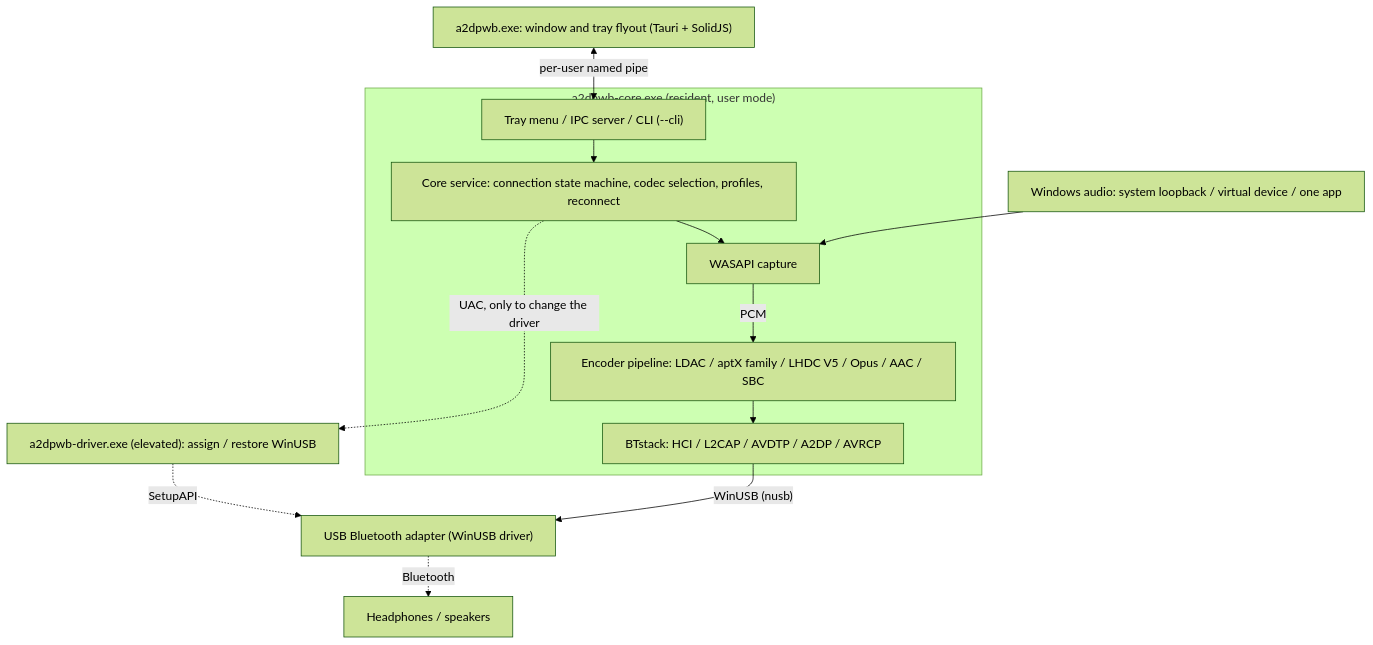
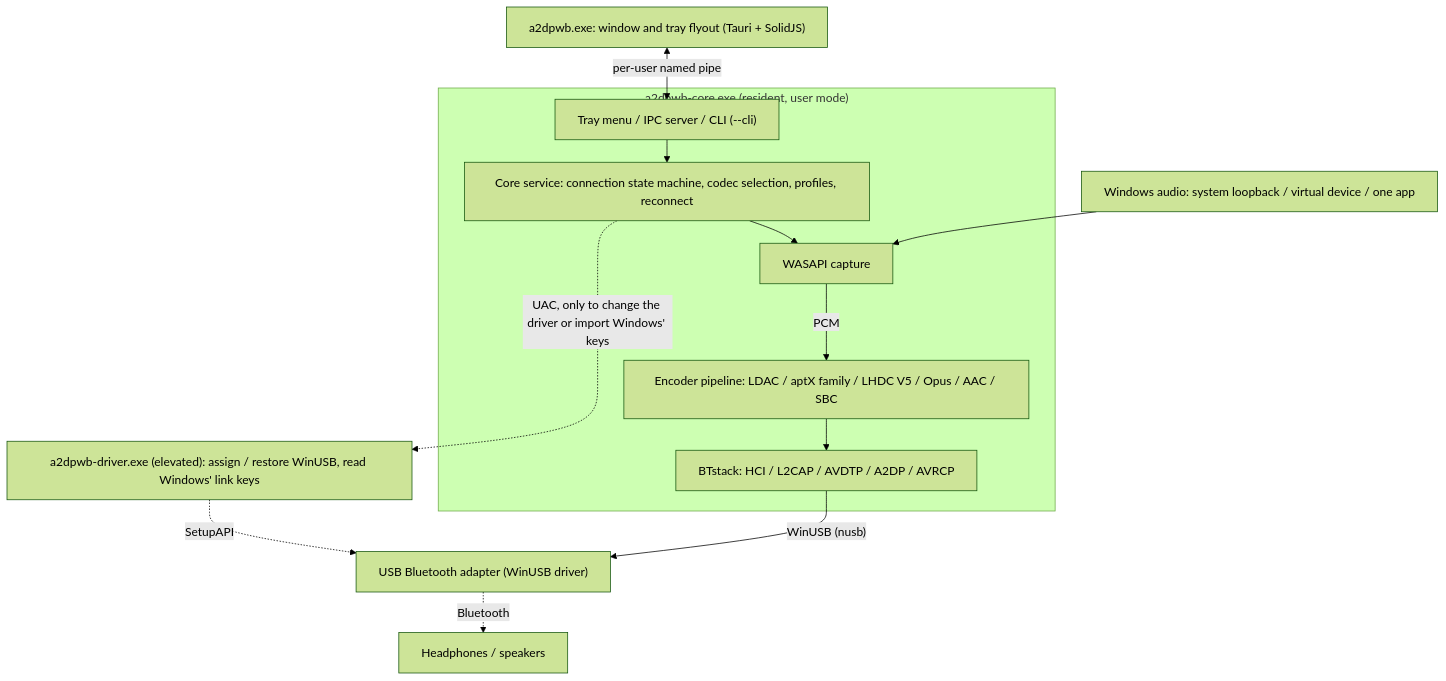
The first of 4 diagrams in docs/architecture.md (SeiyaFunaokaJP/A2DP-Windows-Bridge), drawn with Mermaid (forest theme) before and after one commit. The commit also changed other lines of this file and 40 other files, not shown here.

````diff
--- a/docs/architecture.md
+++ b/docs/architecture.md
@@ -43,23 +43,23 @@
 ```mermaid
 ---
 config:
   flowchart:
     wrappingWidth: 480
     rankSpacing: 30
 ---
 flowchart TB
     src["Windows audio: system loopback / virtual device / one app"]
     ui["a2dpwb.exe: window and tray flyout (Tauri + SolidJS)"]
     subgraph core["a2dpwb-core.exe (resident, user mode)"]
         ctl["Tray menu / IPC server / CLI (--cli)"] --> svc["Core service: connection state machine, codec selection, profiles, reconnect"]
         svc --> cap["WASAPI capture"]
         cap -- PCM --> enc["Encoder pipeline: LDAC / aptX family / LHDC V5 / Opus / AAC / SBC"]
         enc --> bt["BTstack: HCI / L2CAP / AVDTP / A2DP / AVRCP"]
     end
     ui <-->|"per-user named pipe"| ctl
-    svc -.->|"UAC, only to change the driver"| drv["a2dpwb-driver.exe (elevated): assign / restore WinUSB"]
+    svc -.->|"UAC, only to change the driver or import Windows' keys"| drv["a2dpwb-driver.exe (elevated): assign / restore WinUSB, read Windows' link keys"]
     src --> cap
     bt -->|"WinUSB (nusb)"| usb["USB Bluetooth adapter (WinUSB driver)"]
     drv -.->|SetupAPI| usb
     usb -. Bluetooth .-> hp["Headphones / speakers"]
 ```
````
